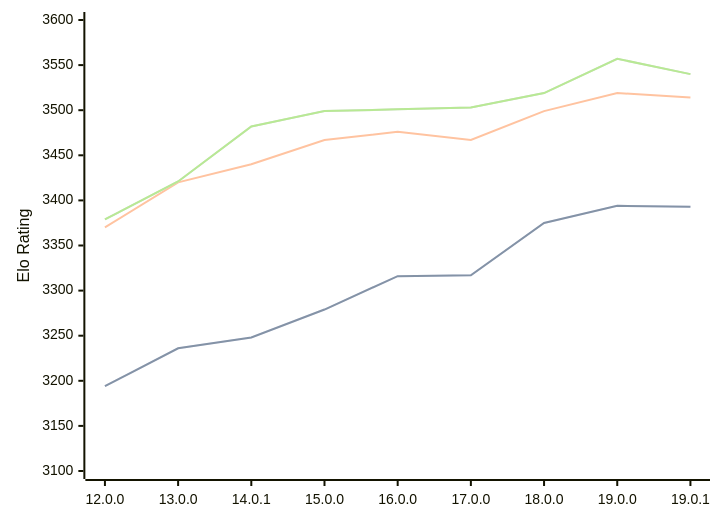
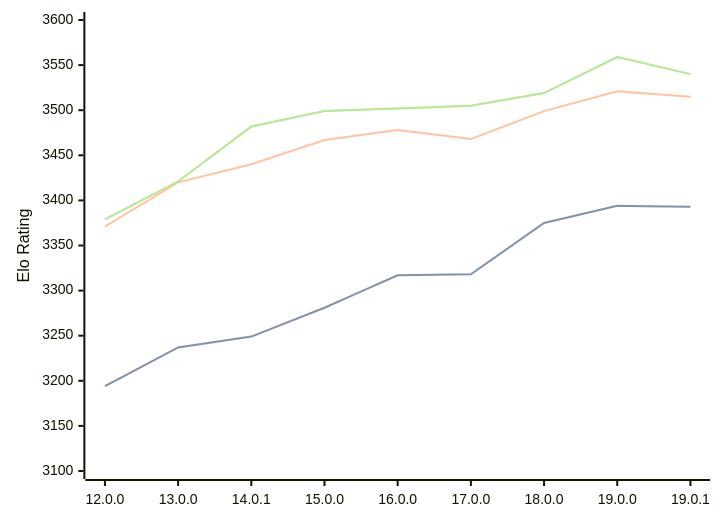
Before and after one commit to computer-chess-index/cci: the diagram in engines/Viridithas.md, drawn with Mermaid. The commit also changed other lines of this file, not shown here.

Commit message:
Update CCI Ratings (ELO VLTC) - 2026-05-22

````diff
--- a/engines/Viridithas.md
+++ b/engines/Viridithas.md
@@ -63,11 +63,11 @@
 ```mermaid
 %%{init: {"theme":"base","themeVariables":{"seriesColors:['#a3a3a3','#222221','#faa371']}}}%%
 xychart-beta
   x-axis ["12.0.0", "13.0.0", "14.0.1", "15.0.0", "16.0.0", "17.0.0", "18.0.0", "19.0.0", "19.0.1"]
   y-axis "Elo Rating" 3100 --> 3600
-  line "STC (8.0+0.08s)" [3194, 3236, 3248, 3279, 3316, 3317, 3375, 3394, 3393]
-  line "STC (8.0+0.08s)" [3194, 3236, 3248, 3279, 3316, 3317, 3375, 3394, 3393]
-  line "LTC (60.0+0.60s)" [3370, 3420, 3440, 3467, 3476, 3467, 3499, 3519, 3514]
-  line "VLTC (2m24s+1.12s)" [3379, 3421, 3482, 3499, 3501, 3503, 3519, 3557, 3540]
-  line "VLTC (2m24s+1.12s)" [3379, 3421, 3482, 3499, 3501, 3503, 3519, 3557, 3540]
+  line "STC (8.0+0.08s)" [3194, 3237, 3249, 3281, 3317, 3318, 3375, 3394, 3393]
+  line "STC (8.0+0.08s)" [3194, 3237, 3249, 3281, 3317, 3318, 3375, 3394, 3393]
+  line "LTC (60.0+0.60s)" [3371, 3420, 3440, 3467, 3478, 3468, 3499, 3521, 3515]
+  line "VLTC (2m24s+1.12s)" [3379, 3421, 3482, 3499, 3502, 3505, 3519, 3559, 3540]
+  line "VLTC (2m24s+1.12s)" [3379, 3421, 3482, 3499, 3502, 3505, 3519, 3559, 3540]
 ```
````
